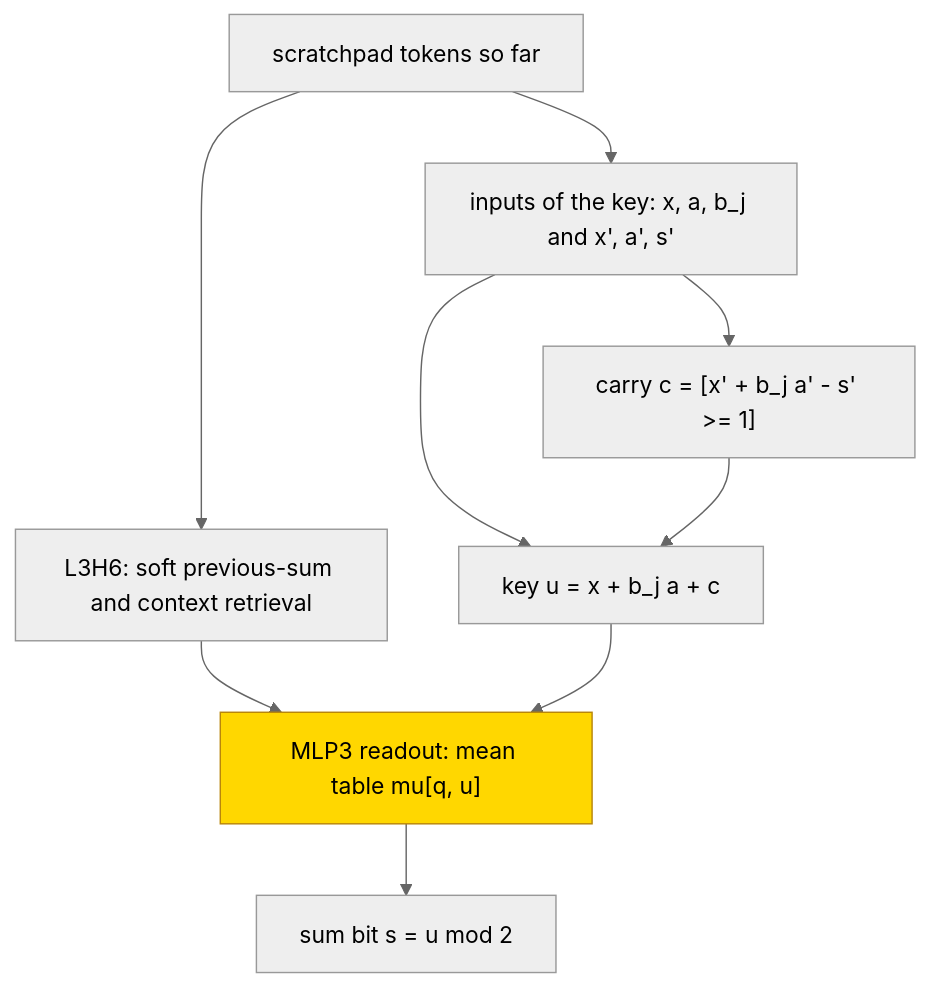
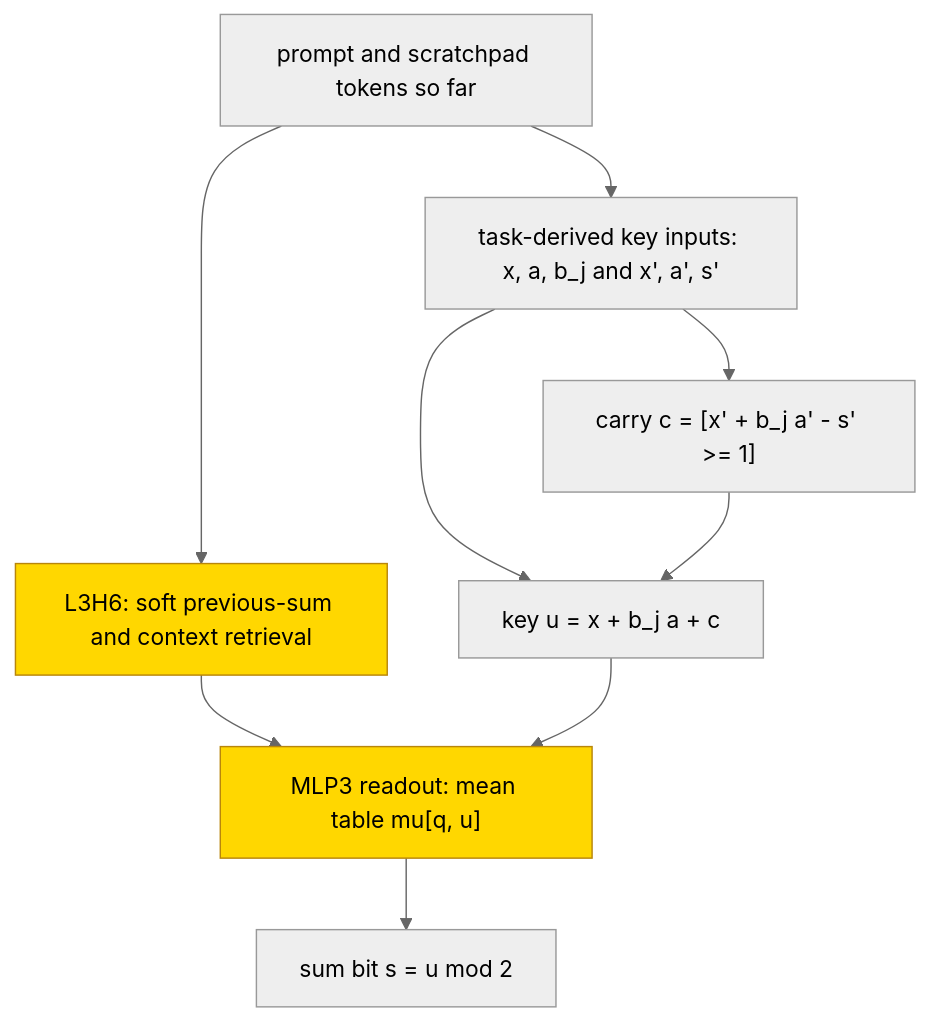
One commit to jc1122/mechanistic-interpretability-circuit-atlas changed the second of 2 diagrams in entries/multiplication.md. Above: the diagram before and after it, drawn with Mermaid (neutral theme). The commit also changed other lines of this file and 54 other files, not shown here.

````diff
--- a/entries/multiplication.md
+++ b/entries/multiplication.md
@@ -225,13 +229,13 @@
 ```mermaid
 flowchart TD
-    T["scratchpad tokens so far"] --> H6["L3H6: soft previous-sum and context retrieval"]
-    T --> F["inputs of the key: x, a, b_j and x', a', s'"]
+    T["prompt and scratchpad tokens so far"] --> H6["L3H6: soft previous-sum and context retrieval"]
+    T --> F["task-derived key inputs: x, a, b_j and x', a', s'"]
     F --> C["carry c = [x' + b_j a' - s' >= 1]"]
     F --> U["key u = x + b_j a + c"]
     C --> U
     H6 --> M["MLP3 readout: mean table mu[q, u]"]
     U --> M
     M --> S["sum bit s = u mod 2"]
     classDef trained fill:gold,stroke:darkgoldenrod,color:black
-    class M trained
+    class H6,M trained
 ```
````
